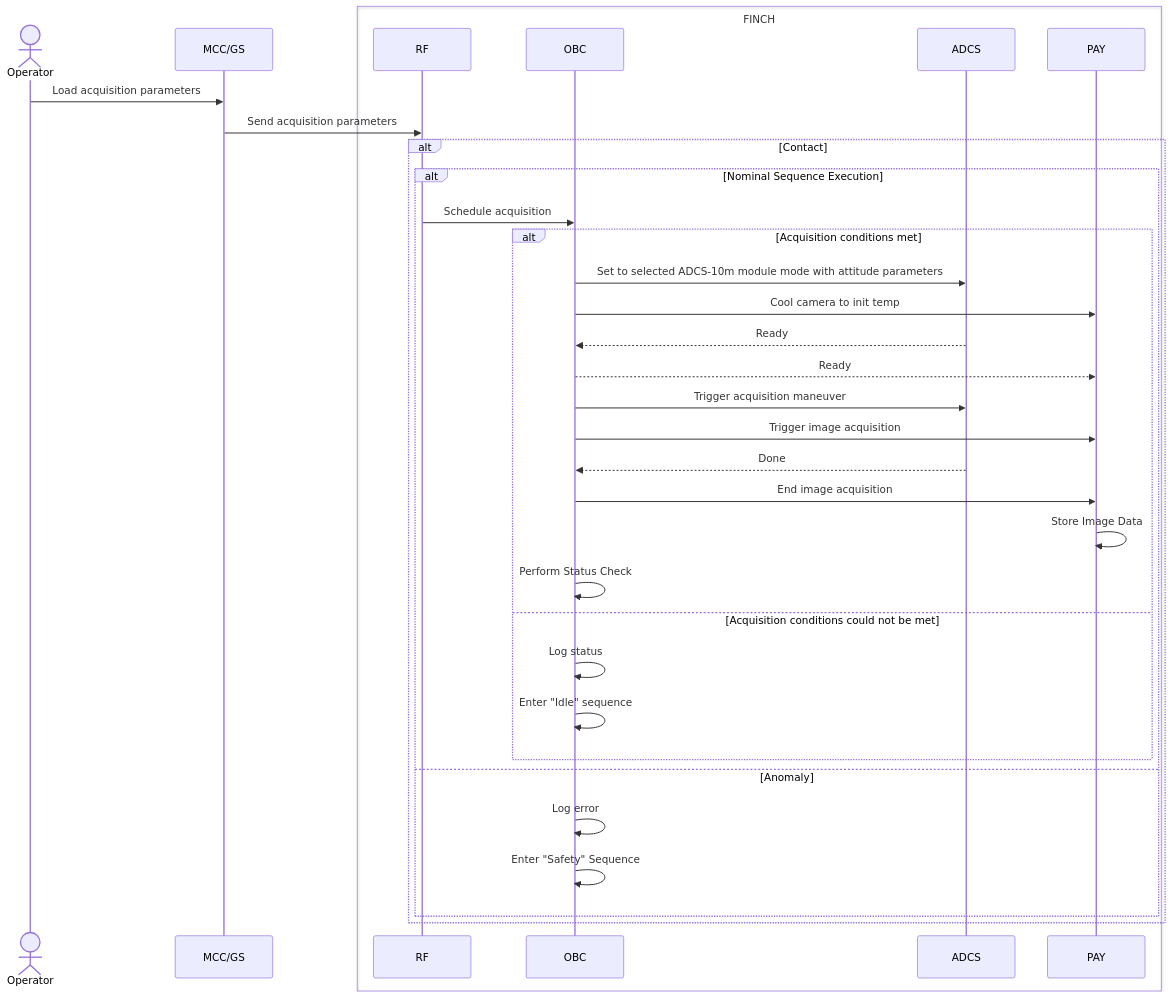
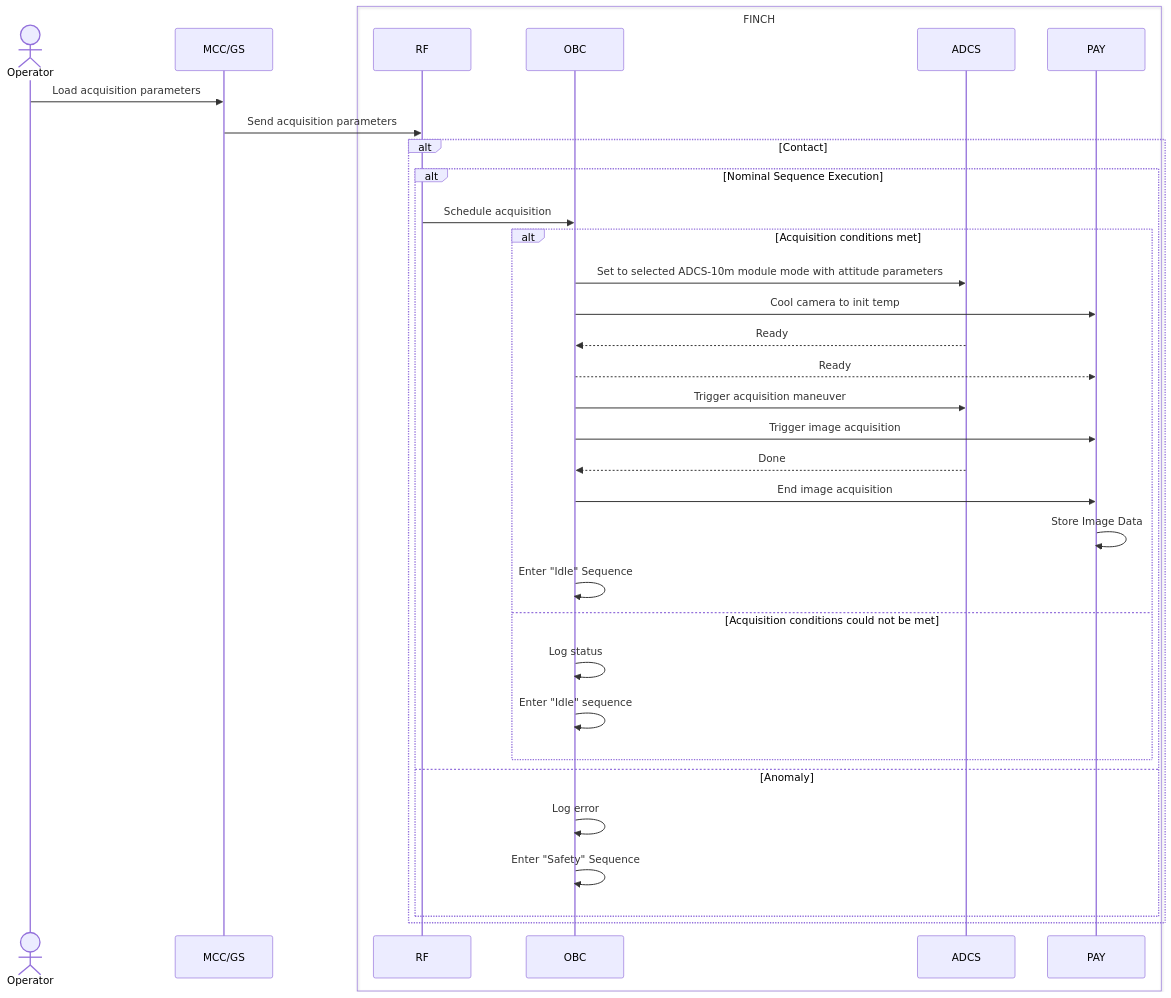
One commit to utat-ss/FINCH-sequence-diagrams changed the diagram in command sequences/acquisition-command.md. Above: the diagram before and after it, drawn with Mermaid.

````diff
--- a/command sequences/acquisition-command.md
+++ b/command sequences/acquisition-command.md
@@ -2,44 +2,44 @@
 ```mermaid
 sequenceDiagram
     Actor Operator
     participant MCC/GS
     box FINCH
         participant RF
         participant OBC
         participant ADCS
         participant PAY
     end
 
     Operator->>MCC/GS: Load acquisition parameters
     MCC/GS->>RF: Send acquisition parameters
 
     alt Contact
         alt Nominal Sequence Execution
             RF->>OBC: Schedule acquisition
     
             alt Acquisition conditions met
                 OBC->>ADCS: Set to selected ADCS-10m module mode with attitude parameters
                 OBC->>PAY: Cool camera to init temp
                 ADCS-->>OBC: Ready
                 OBC-->>PAY: Ready
     
                 OBC->>ADCS: Trigger acquisition maneuver
                 OBC->>PAY: Trigger image acquisition
                 ADCS-->>OBC: Done
                 OBC->>PAY: End image acquisition
                 PAY->>PAY: Store Image Data
 
-                OBC->>OBC: Perform Status Check
+                OBC->>OBC: Enter "Idle" Sequence
     
             else Acquisition conditions could not be met
                 OBC->>OBC: Log status
                 OBC->>OBC: Enter "Idle" sequence
             end
         else Anomaly
             OBC->>OBC: Log error
             OBC->>OBC: Enter "Safety" Sequence
         end
 end
     
 
 ```
````
